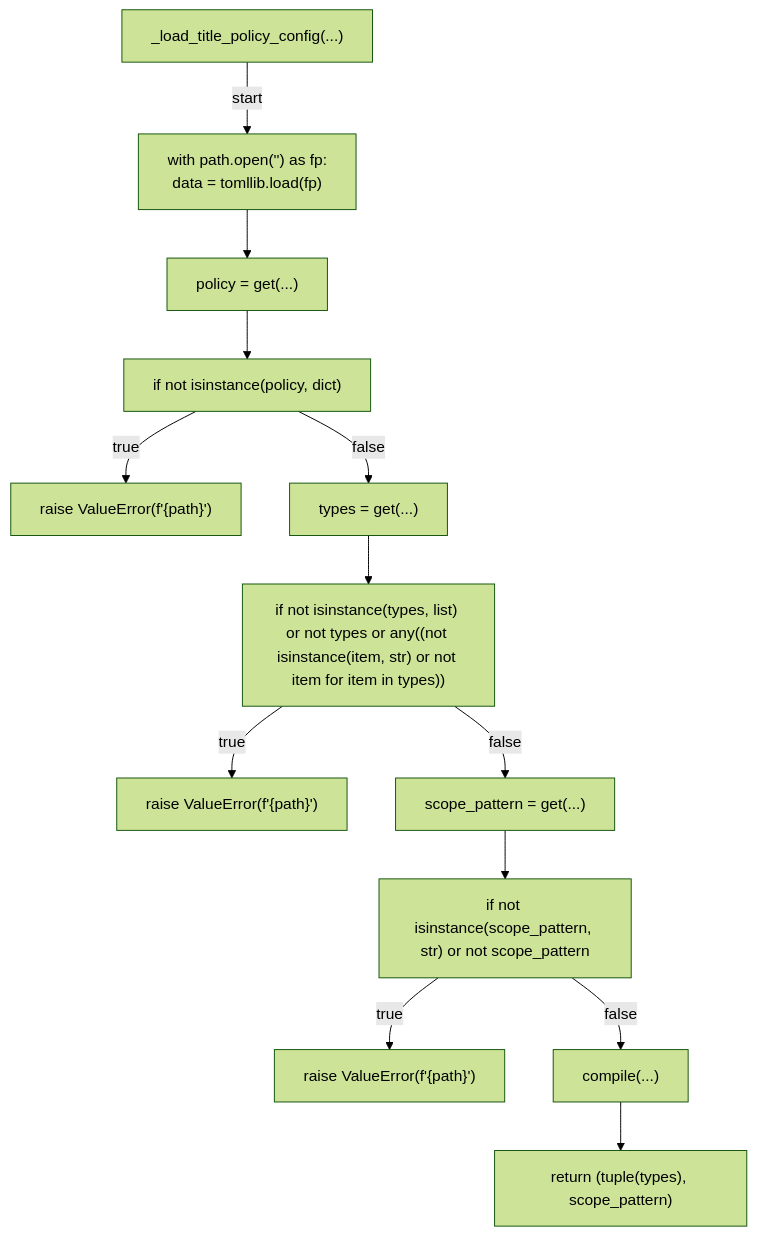
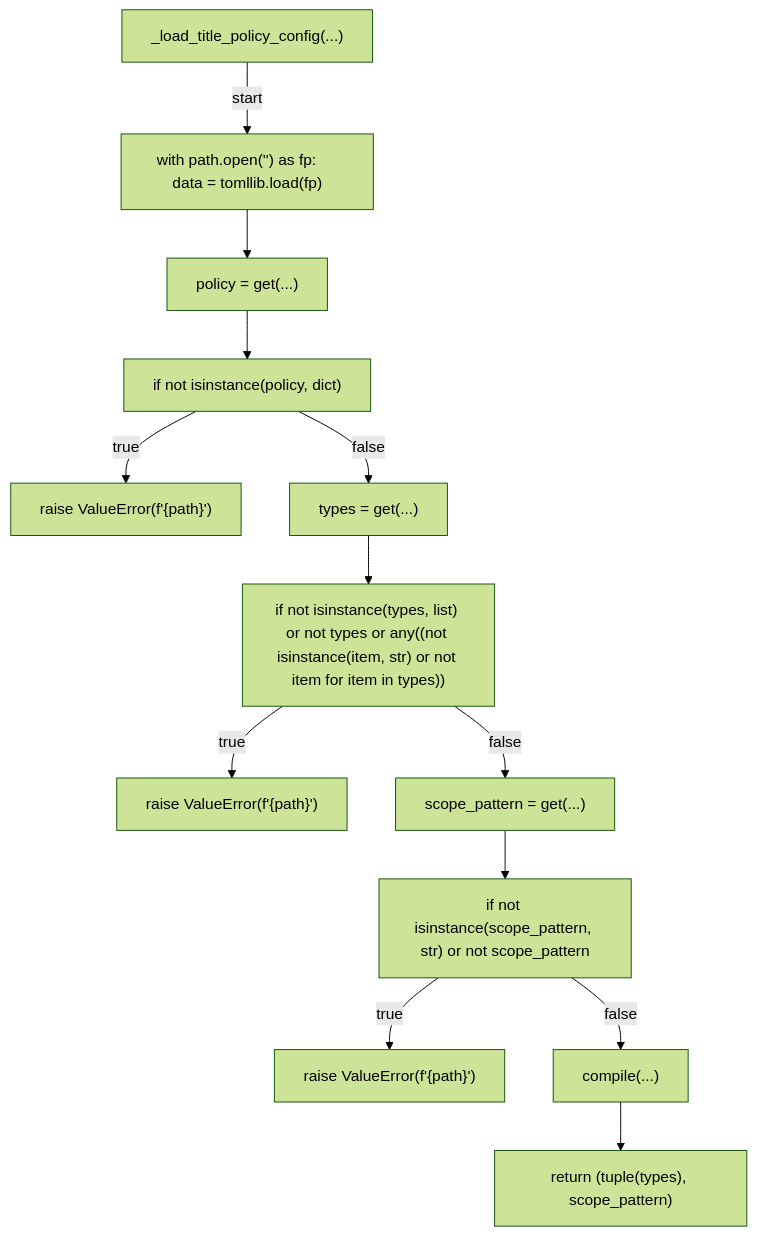
Before and after one commit to tvna/claude-md: the first of 25 diagrams in docs/generated/scripts/ast/title_policy.md, drawn with Mermaid (forest theme). The commit also changed other lines of this file and 15 other files, not shown here.

First line of the commit message:
docs(generated): regenerate decision tree and workflow diagrams (batch 5/5)

````diff
--- a/docs/generated/scripts/ast/title_policy.md
+++ b/docs/generated/scripts/ast/title_policy.md
@@ -7,29 +7,28 @@
 ```mermaid
 flowchart TD
     N001["_load_title_policy_config(...)"]
-    N002["with path.open('<str>') as fp:
-    data = tomllib.load(fp)"]
+    N002["with path.open('<str>') as fp:     data = tomllib.load(fp)"]
     N003["policy = get(...)"]
     N004["if not isinstance(policy, dict)"]
     N005["raise ValueError(f'<str>{path}')"]
     N006["types = get(...)"]
     N007["if not isinstance(types, list) or not types or any((not isinstance(item, str) or not item for item in types))"]
     N008["raise ValueError(f'{path}<str>')"]
     N009["scope_pattern = get(...)"]
     N010["if not isinstance(scope_pattern, str) or not scope_pattern"]
     N011["raise ValueError(f'{path}<str>')"]
     N012["compile(...)"]
     N013["return (tuple(types), scope_pattern)"]
     N001 -->|"start"| N002
     N002 --> N003
     N003 --> N004
     N004 -->|"true"| N005
     N004 -->|"false"| N006
     N006 --> N007
     N007 -->|"true"| N008
     N007 -->|"false"| N009
     N009 --> N010
     N010 -->|"true"| N011
     N010 -->|"false"| N012
     N012 --> N013
 ```
````
